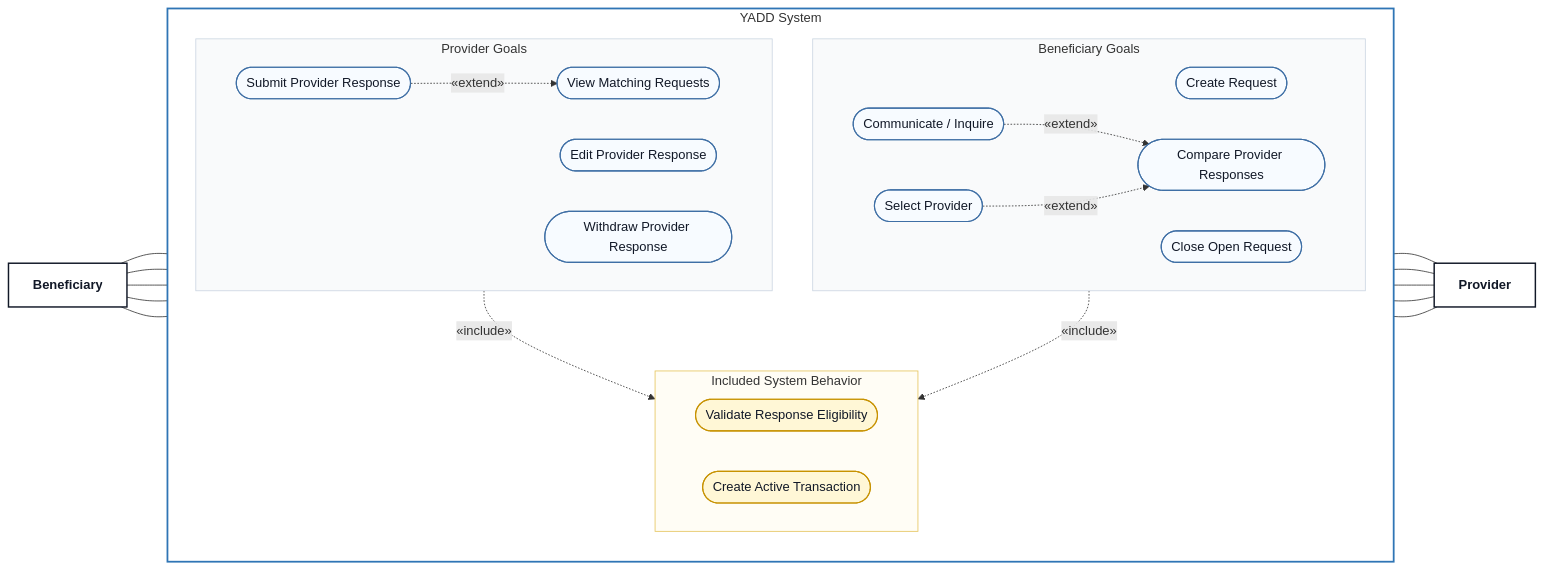
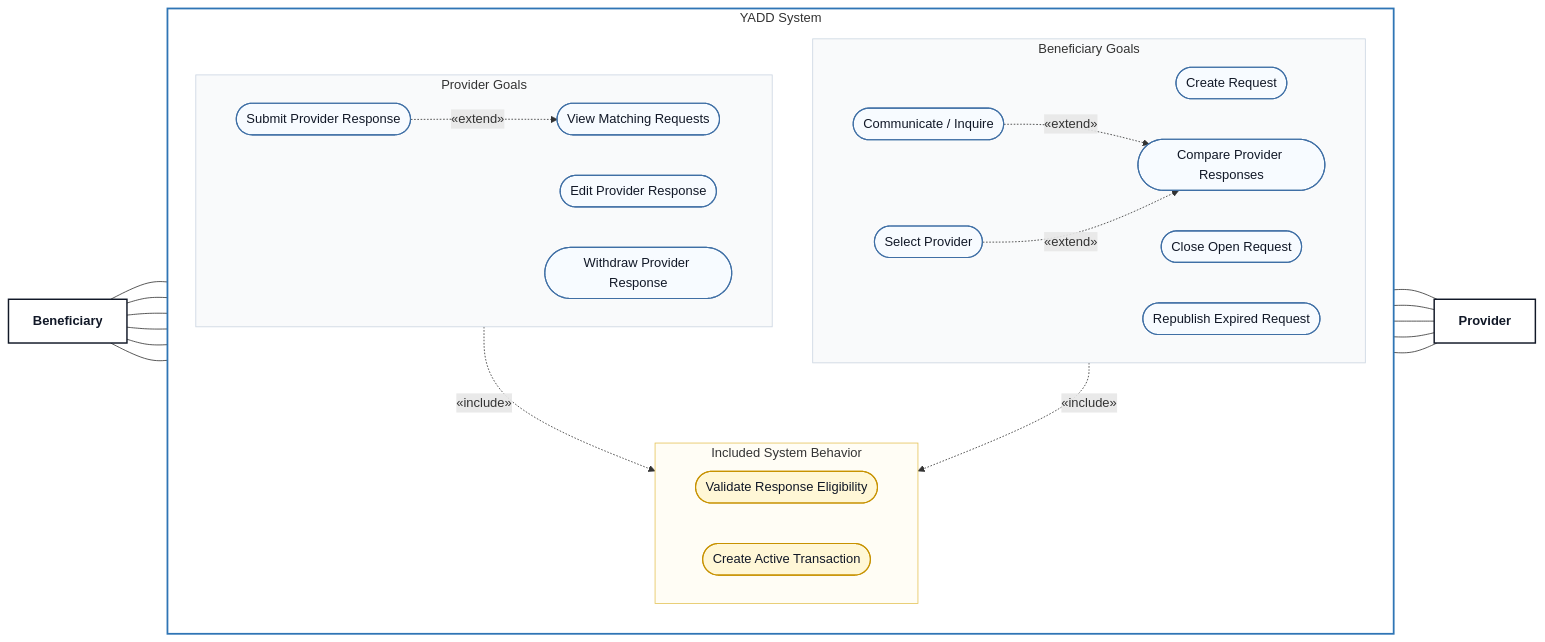
One commit to Yadd-SanaaUniversityGraduationProject/yadd changed the diagram in diagrams/03-analysis/uml/use-case/02-request-provider-response.md. Above: the diagram before and after it, drawn with Mermaid. The commit also changed other lines of this file, not shown here.

Commit message:
Synchronize request use-case view with republish, inactivity and location UI

````diff
--- a/diagrams/03-analysis/uml/use-case/02-request-provider-response.md
+++ b/diagrams/03-analysis/uml/use-case/02-request-provider-response.md
@@ -17,60 +17,62 @@
 ```mermaid
 flowchart LR
     B["Beneficiary"]:::actor
 
     subgraph SYS["YADD System"]
         direction TB
 
         subgraph BENEFICIARY["Beneficiary Goals"]
             direction LR
             CREATE_REQ(["Create Request"]):::usecase
             CLOSE_REQ(["Close Open Request"]):::usecase
+            REPUBLISH(["Republish Expired Request"]):::usecase
             COMPARE(["Compare Provider Responses"]):::usecase
             CHAT(["Communicate / Inquire"]):::usecase
             SELECT(["Select Provider"]):::usecase
         end
 
         subgraph PROVIDER_SIDE["Provider Goals"]
             direction LR
             MATCHING(["View Matching Requests"]):::usecase
             SUBMIT(["Submit Provider Response"]):::usecase
             EDIT(["Edit Provider Response"]):::usecase
             WITHDRAW(["Withdraw Provider Response"]):::usecase
         end
 
         subgraph SYSTEM_BEHAVIOR["Included System Behavior"]
             direction LR
             VALIDATE(["Validate Response Eligibility"]):::systemcase
             CREATE_TX(["Create Active Transaction"]):::systemcase
         end
     end
 
     P["Provider"]:::actor
 
     B --- CREATE_REQ
     B --- CLOSE_REQ
+    B --- REPUBLISH
     B --- COMPARE
     B --- CHAT
     B --- SELECT
 
     MATCHING --- P
     SUBMIT --- P
     EDIT --- P
     WITHDRAW --- P
     CHAT --- P
 
     SUBMIT -.->|«extend»| MATCHING
     SUBMIT -.->|«include»| VALIDATE
     CHAT -.->|«extend»| COMPARE
     SELECT -.->|«extend»| COMPARE
     SELECT -.->|«include»| CREATE_TX
 
     classDef actor fill:#FFFFFF,stroke:#111827,stroke-width:1.8px,color:#111827,font-weight:bold;
     classDef usecase fill:#F7FBFF,stroke:#3F6FA5,stroke-width:1.4px,color:#111827;
     classDef systemcase fill:#FFF7D6,stroke:#C79200,stroke-width:1.4px,color:#111827;
 
     style SYS fill:#FFFFFF,stroke:#2F75B5,stroke-width:2.2px
     style BENEFICIARY fill:#F9FAFB,stroke:#CBD5E1,stroke-width:1px
     style PROVIDER_SIDE fill:#F9FAFB,stroke:#CBD5E1,stroke-width:1px
     style SYSTEM_BEHAVIOR fill:#FFFDF5,stroke:#E5C45B,stroke-width:1px
 ```
````
